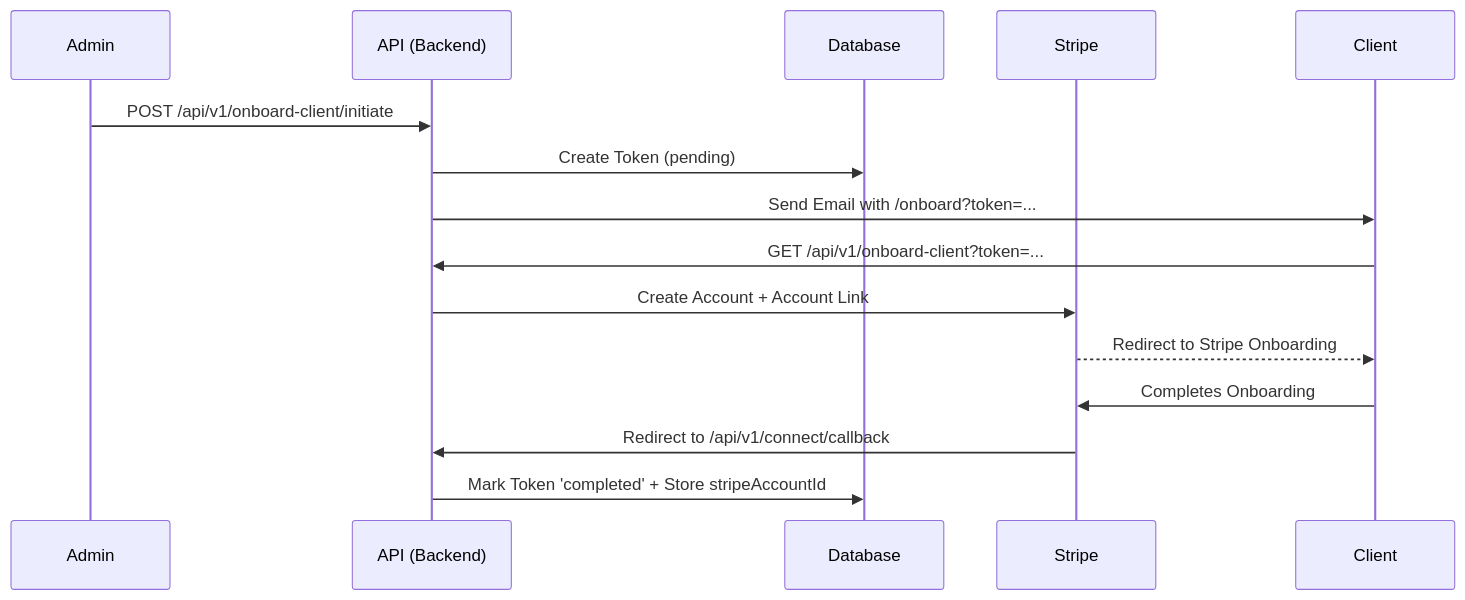
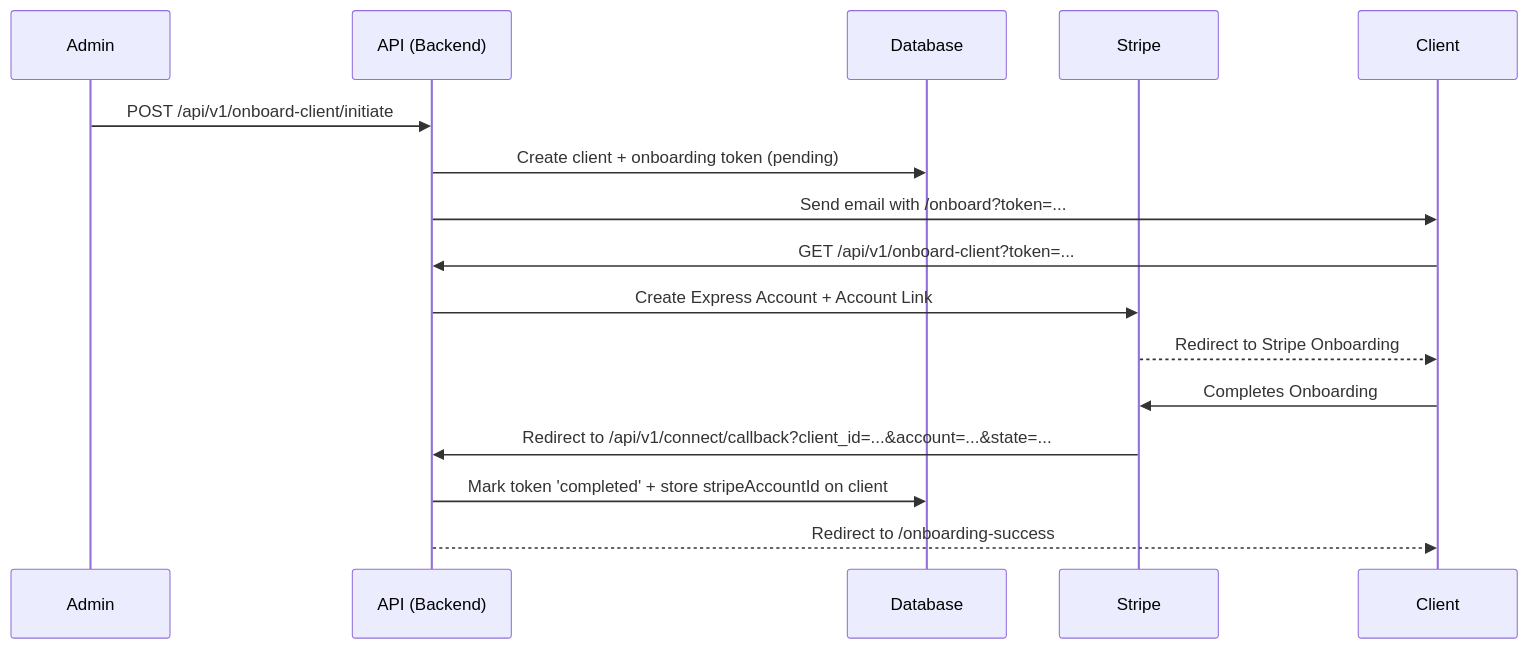
One commit to DFW-Software-Consulting/dfwsc2.0 changed the second of 2 diagrams in docs/ARCHITECTURE.md. Above: the diagram before and after it, drawn with Mermaid. The commit also changed other lines of this file and 7 other files, not shown here.

````diff
--- a/docs/ARCHITECTURE.md
+++ b/docs/ARCHITECTURE.md
@@ -45,18 +40,19 @@
 ```mermaid
 sequenceDiagram
     participant Admin
     participant A as API (Backend)
     participant DB as Database
     participant S as Stripe
     participant C as Client
 
     Admin->>A: POST /api/v1/onboard-client/initiate
-    A->>DB: Create Token (pending)
-    A->>C: Send Email with /onboard?token=...
+    A->>DB: Create client + onboarding token (pending)
+    A->>C: Send email with /onboard?token=...
     C->>A: GET /api/v1/onboard-client?token=...
-    A->>S: Create Account + Account Link
+    A->>S: Create Express Account + Account Link
     S-->>C: Redirect to Stripe Onboarding
     C->>S: Completes Onboarding
-    S->>A: Redirect to /api/v1/connect/callback
-    A->>DB: Mark Token 'completed' + Store stripeAccountId
+    S->>A: Redirect to /api/v1/connect/callback?client_id=...&account=...&state=...
+    A->>DB: Mark token 'completed' + store stripeAccountId on client
+    A-->>C: Redirect to /onboarding-success
 ```
````
